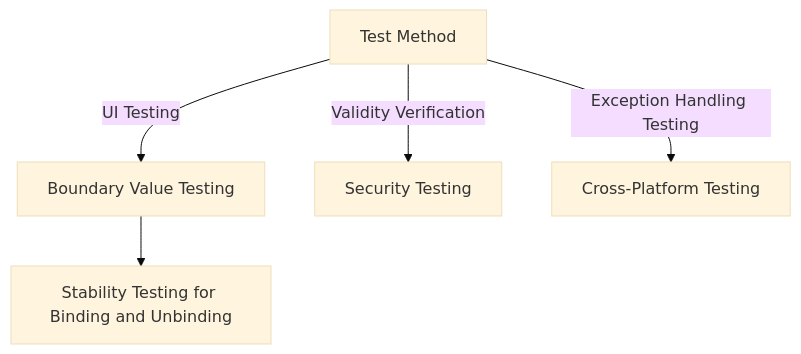
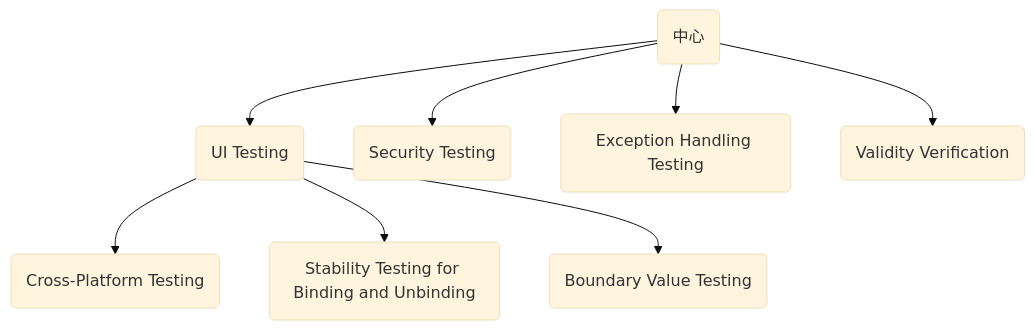
Before and after one commit to BobChochola/JKOPAY_test: the diagram in README.md, drawn with Mermaid (base theme).

````diff
--- a/README.md
+++ b/README.md
@@ -7,7 +7,10 @@
 ```Mermaid
-graph TD;
-A[Test Method] -->|UI Testing| B[Boundary Value Testing];
-A -->|Validity Verification| C[Security Testing];
-A -->|Exception Handling Testing| D[Cross-Platform Testing];
-B --> E[Stability Testing for Binding and Unbinding];
+graph TD
+    A(中心) --> B(UI Testing)
+    A --> H(Security Testing)
+    A --> F(Exception Handling Testing)
+    A --> G(Validity Verification)
+    B --> C(Cross-Platform Testing)
+    B --> D(Stability Testing for Binding and Unbinding)
+    B --> E(Boundary Value Testing)
 ```
````
